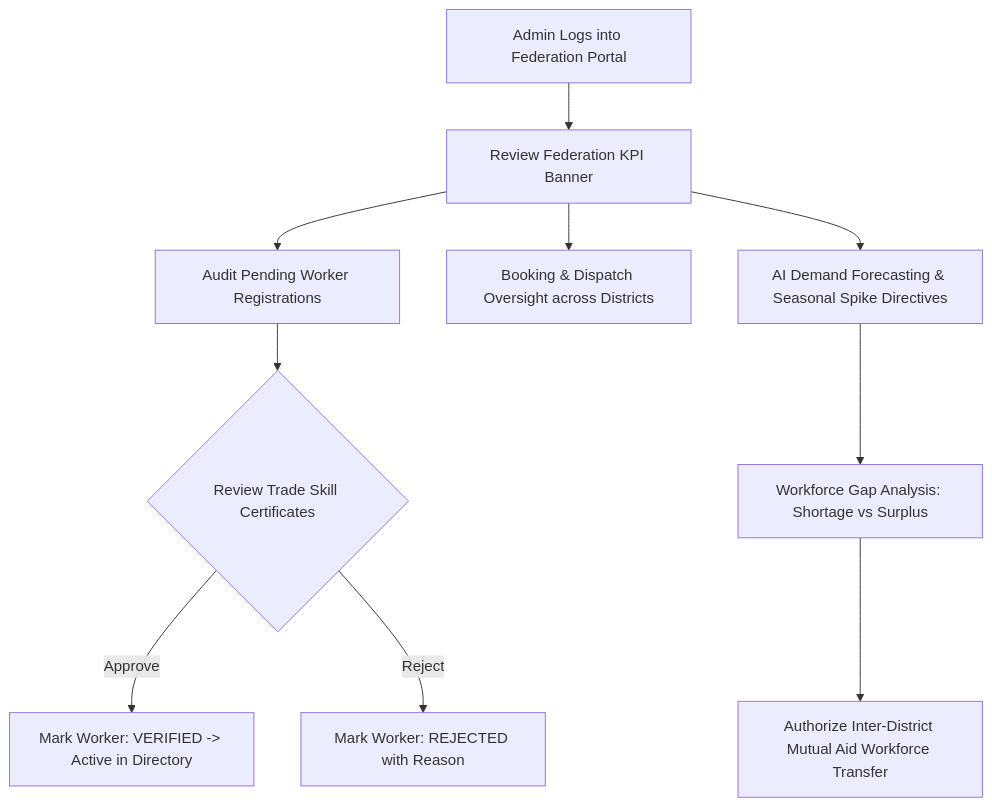
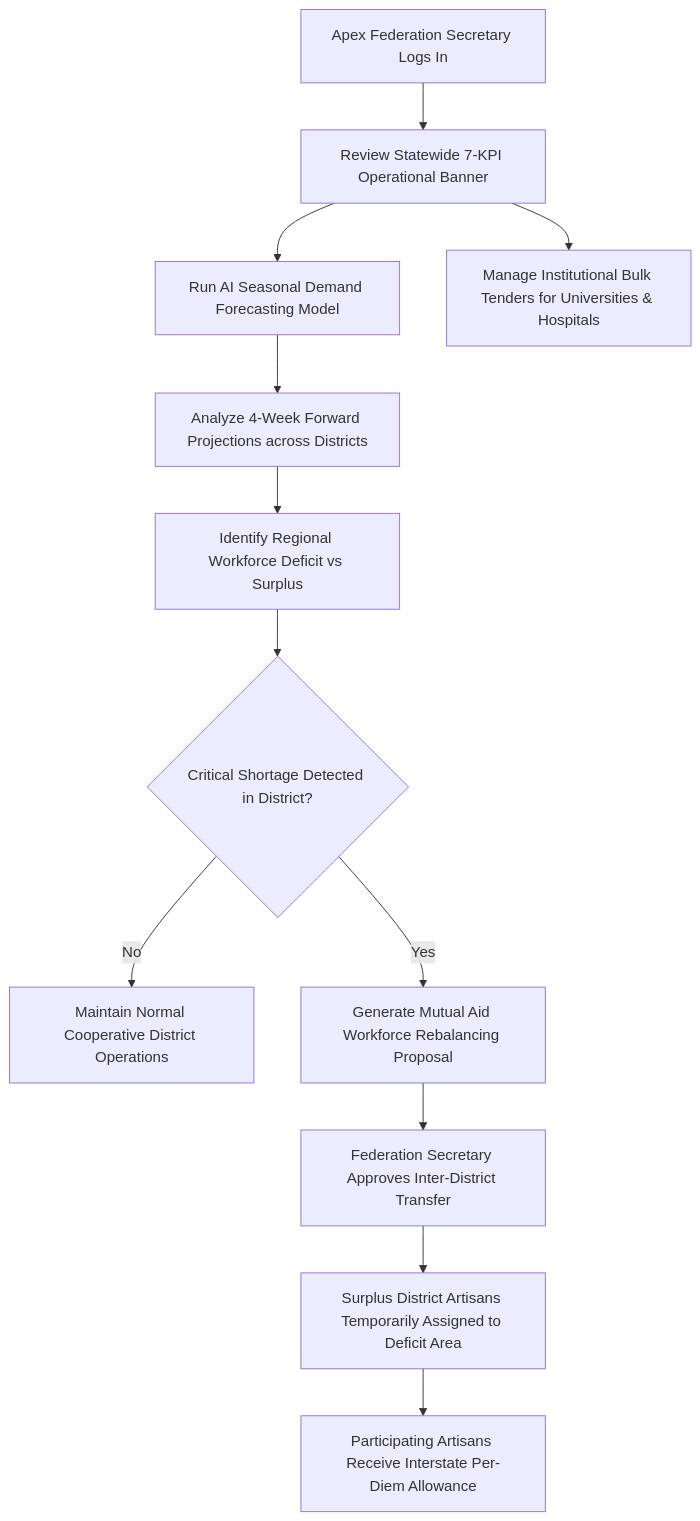
The fourth of 4 diagrams in WORKFLOW.md (sarathyprasad/hack089), drawn with Mermaid before and after one commit. The commit also changed other lines of this file and 13 other files, not shown here.

````diff
--- a/WORKFLOW.md
+++ b/WORKFLOW.md
@@ -66,12 +114,14 @@
 ```mermaid
 graph TD
-    A1[Admin Logs into Federation Portal] --> A2[Review Federation KPI Banner]
-    A2 --> A3[Audit Pending Worker Registrations]
-    A3 --> A4{Review Trade Skill Certificates}
-    A4 -->|Approve| A5[Mark Worker: VERIFIED -> Active in Directory]
-    A4 -->|Reject| A6[Mark Worker: REJECTED with Reason]
-    A2 --> A7[Booking & Dispatch Oversight across Districts]
-    A2 --> A8[AI Demand Forecasting & Seasonal Spike Directives]
-    A8 --> A9[Workforce Gap Analysis: Shortage vs Surplus]
-    A9 --> A10[Authorize Inter-District Mutual Aid Workforce Transfer]
+    F1[Apex Federation Secretary Logs In] --> F2[Review Statewide 7-KPI Operational Banner]
+    F2 --> F3[Run AI Seasonal Demand Forecasting Model]
+    F3 --> F4[Analyze 4-Week Forward Projections across Districts]
+    F4 --> F5[Identify Regional Workforce Deficit vs Surplus]
+    F5 --> F6{Critical Shortage Detected in District?}
+    F6 -->|No| F7[Maintain Normal Cooperative District Operations]
+    F6 -->|Yes| F8[Generate Mutual Aid Workforce Rebalancing Proposal]
+    F8 --> F9[Federation Secretary Approves Inter-District Transfer]
+    F9 --> F10[Surplus District Artisans Temporarily Assigned to Deficit Area]
+    F10 --> F11[Participating Artisans Receive Interstate Per-Diem Allowance]
+    F2 --> F12[Manage Institutional Bulk Tenders for Universities & Hospitals]
 ```
````
